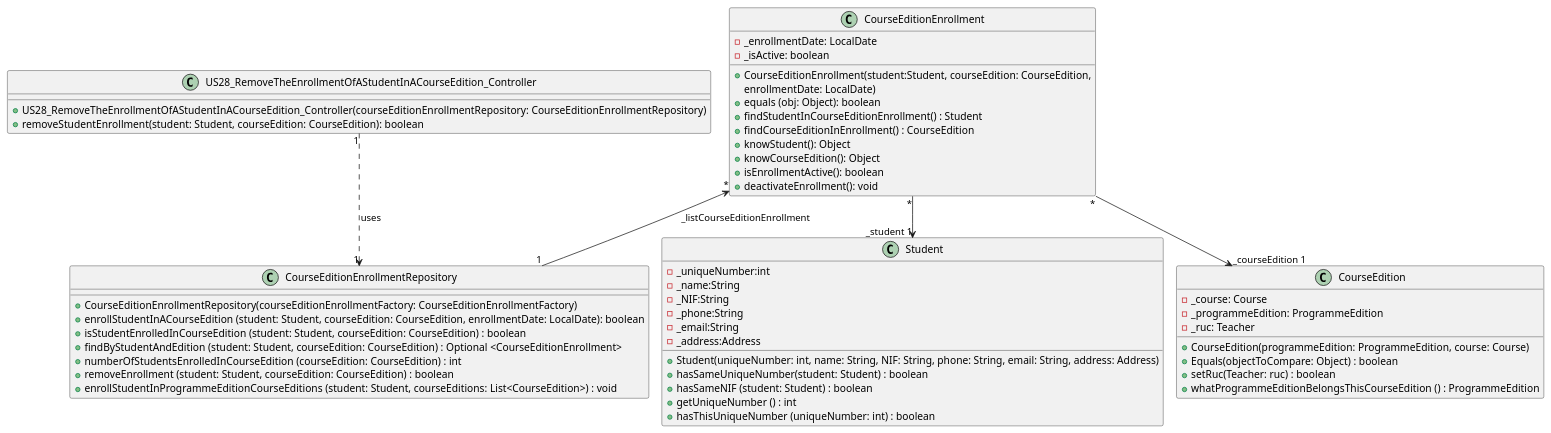
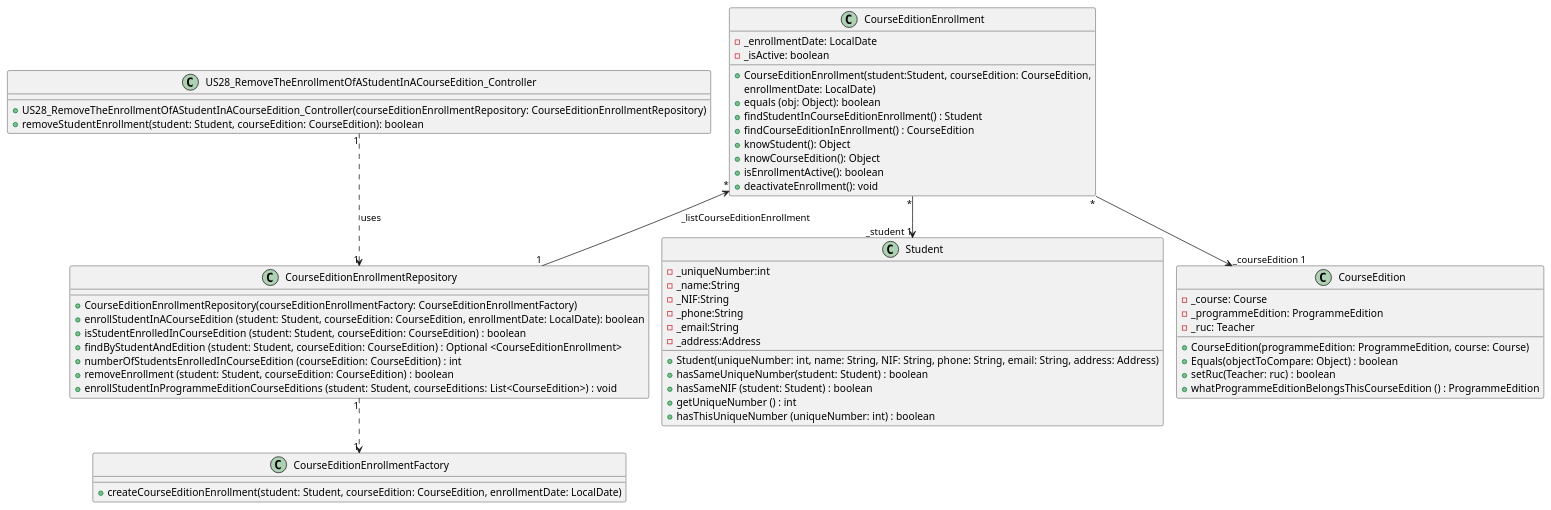
The diagram in docs/US28/US28_RemoveTheEnrollmentOfAStudentInACourseEdition_ClassDiagram.puml (GasparISEP/DevOps-PAI), drawn with PlantUML before and after one commit.

Commit message:
Refactor US28 ClassDiagram - Add CourseEditionEnrollmentFactory

```diff
--- a/docs/US28/US28_RemoveTheEnrollmentOfAStudentInACourseEdition_ClassDiagram.puml
+++ b/docs/US28/US28_RemoveTheEnrollmentOfAStudentInACourseEdition_ClassDiagram.puml
@@ -1,66 +1,70 @@
 @startuml
 !pragma layout smetana
 
 
 class US28_RemoveTheEnrollmentOfAStudentInACourseEdition_Controller {
     +US28_RemoveTheEnrollmentOfAStudentInACourseEdition_Controller(courseEditionEnrollmentRepository: CourseEditionEnrollmentRepository)
     +removeStudentEnrollment(student: Student, courseEdition: CourseEdition): boolean
 }
 
 class CourseEditionEnrollment {
     -_enrollmentDate: LocalDate
     -_isActive: boolean
     +CourseEditionEnrollment(student:Student, courseEdition: CourseEdition,
      enrollmentDate: LocalDate)
     +equals (obj: Object): boolean
     +findStudentInCourseEditionEnrollment() : Student
     +findCourseEditionInEnrollment() : CourseEdition
     +knowStudent(): Object
     +knowCourseEdition(): Object
     +isEnrollmentActive(): boolean
     +deactivateEnrollment(): void
 }
 
 class CourseEditionEnrollmentRepository {
     +CourseEditionEnrollmentRepository(courseEditionEnrollmentFactory: CourseEditionEnrollmentFactory)
     +enrollStudentInACourseEdition (student: Student, courseEdition: CourseEdition, enrollmentDate: LocalDate): boolean
     +isStudentEnrolledInCourseEdition (student: Student, courseEdition: CourseEdition) : boolean
     +findByStudentAndEdition (student: Student, courseEdition: CourseEdition) : Optional <CourseEditionEnrollment>
     +numberOfStudentsEnrolledInCourseEdition (courseEdition: CourseEdition) : int
     +removeEnrollment (student: Student, courseEdition: CourseEdition) : boolean
     +enrollStudentInProgrammeEditionCourseEditions (student: Student, courseEditions: List<CourseEdition>) : void
 }
 
 class Student {
     -_uniqueNumber:int
     -_name:String
     -_NIF:String
     -_phone:String
     -_email:String
     -_address:Address
     +Student(uniqueNumber: int, name: String, NIF: String, phone: String, email: String, address: Address)
     +hasSameUniqueNumber(student: Student) : boolean
     +hasSameNIF (student: Student) : boolean
     +getUniqueNumber () : int
     +hasThisUniqueNumber (uniqueNumber: int) : boolean
 }
 
 class CourseEdition {
     -_course: Course
     -_programmeEdition: ProgrammeEdition
     -_ruc: Teacher
     +CourseEdition(programmeEdition: ProgrammeEdition, course: Course)
     +Equals(objectToCompare: Object) : boolean
     +setRuc(Teacher: ruc) : boolean
     +whatProgrammeEditionBelongsThisCourseEdition () : ProgrammeEdition
 }
 
+class CourseEditionEnrollmentFactory{
+    +createCourseEditionEnrollment(student: Student, courseEdition: CourseEdition, enrollmentDate: LocalDate)
+}
 
 
 
 
 CourseEditionEnrollment "*" --> "_student 1" Student
 CourseEditionEnrollment "*" --> "_courseEdition 1  " CourseEdition
 CourseEditionEnrollment "                                *" <-- "1" CourseEditionEnrollmentRepository: _listCourseEditionEnrollment
 US28_RemoveTheEnrollmentOfAStudentInACourseEdition_Controller "1"..> "1" CourseEditionEnrollmentRepository : uses
+CourseEditionEnrollmentRepository "1" ..> "1" CourseEditionEnrollmentFactory
 @enduml
```
